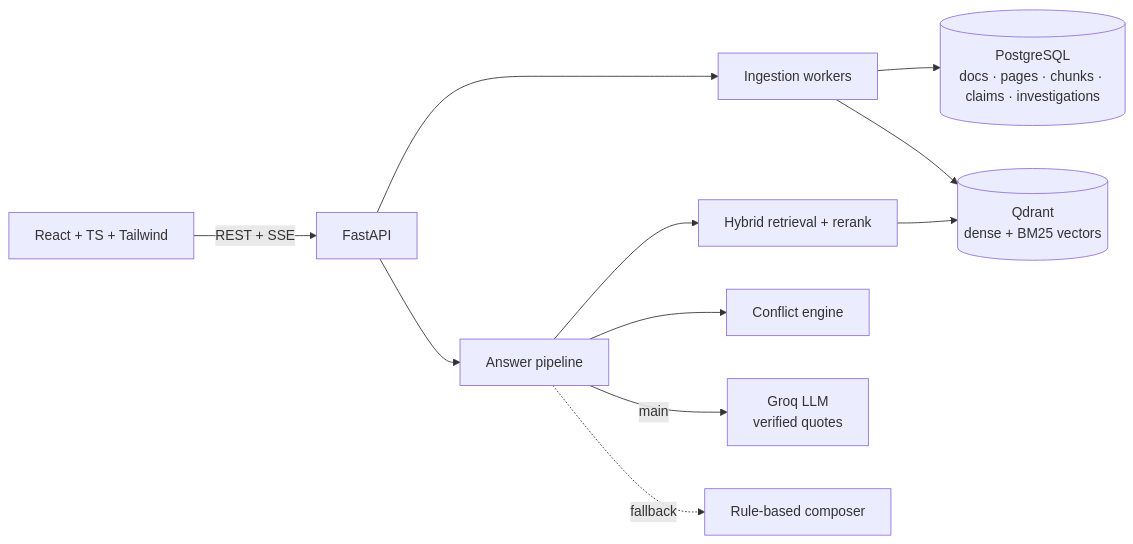
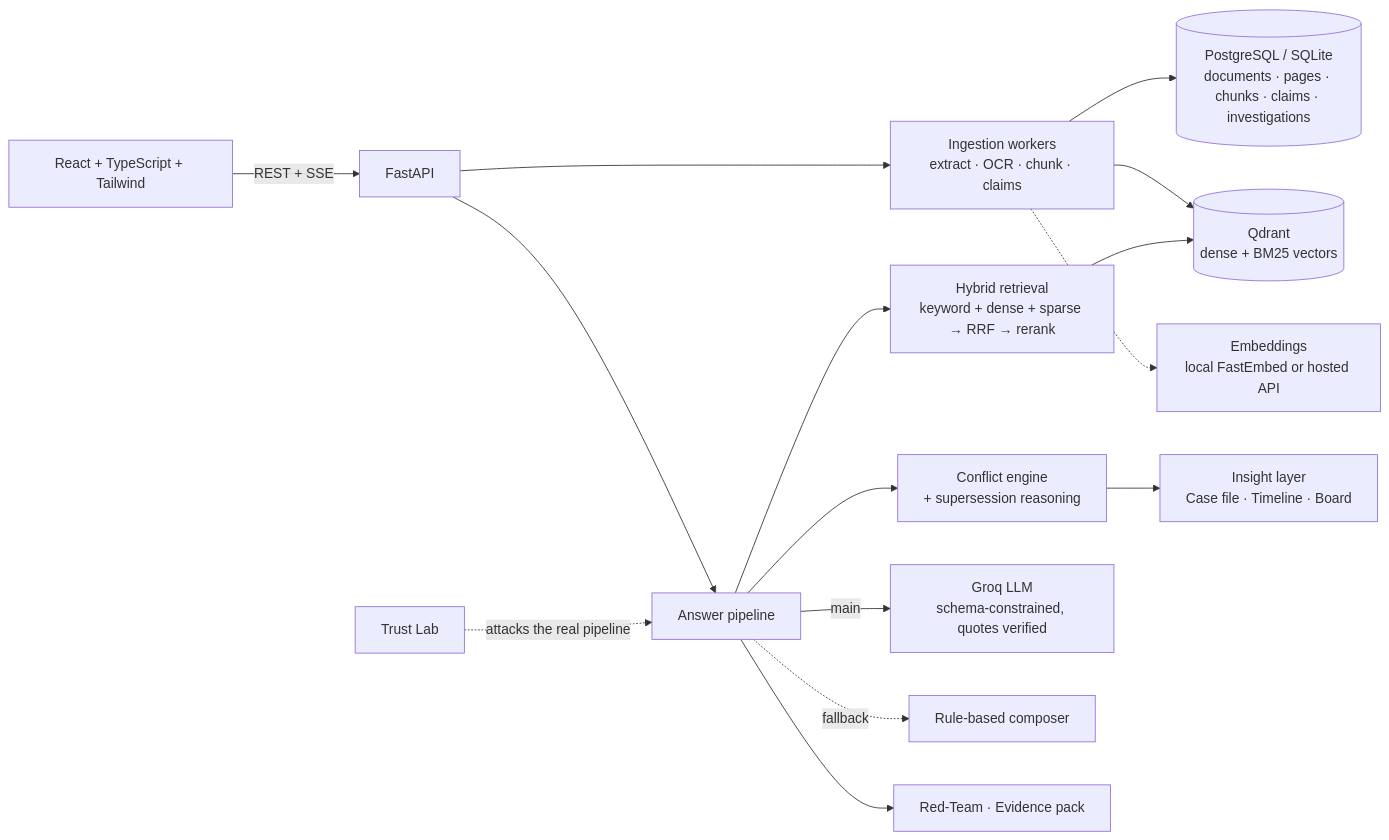
Before and after one commit to sahinurrahman-debug/DocSherlock: the diagram in README.md, drawn with Mermaid. The commit also changed other lines of this file and 65 other files, not shown here.

````diff
--- a/README.md
+++ b/README.md
@@ -140,13 +114,17 @@
 ```mermaid
 flowchart LR
-    UI["React + TS + Tailwind"] -->|REST + SSE| API[FastAPI]
-    API --> ING[Ingestion workers]
-    ING --> PG[(PostgreSQL<br/>docs · pages · chunks · claims · investigations)]
-    ING --> QD[(Qdrant<br/>dense + BM25 vectors)]
-    API --> QA[Answer pipeline]
-    QA --> RET[Hybrid retrieval + rerank]
+    UI["React + TypeScript + Tailwind"] -->|"REST + SSE"| API["FastAPI"]
+    API --> ING["Ingestion workers<br/>extract · OCR · chunk · claims"]
+    ING --> PG[("PostgreSQL / SQLite<br/>documents · pages · chunks · claims · investigations")]
+    ING --> QD[("Qdrant<br/>dense + BM25 vectors")]
+    ING -.-> EMB["Embeddings<br/>local FastEmbed or hosted API"]
+    API --> QA["Answer pipeline"]
+    QA --> RET["Hybrid retrieval<br/>keyword + dense + sparse → RRF → rerank"]
     RET --> QD
-    QA --> CON[Conflict engine]
-    QA -->|main| GROQ[Groq LLM<br/>verified quotes]
-    QA -.->|fallback| RULES[Rule-based composer]
+    QA --> CON["Conflict engine<br/>+ supersession reasoning"]
+    QA -->|"main"| GROQ["Groq LLM<br/>schema-constrained, quotes verified"]
+    QA -.->|"fallback"| RULES["Rule-based composer"]
+    CON --> INS["Insight layer<br/>Case file · Timeline · Board"]
+    QA --> RT["Red-Team · Evidence pack"]
+    LAB["Trust Lab"] -.->|"attacks the real pipeline"| QA
 ```
````
